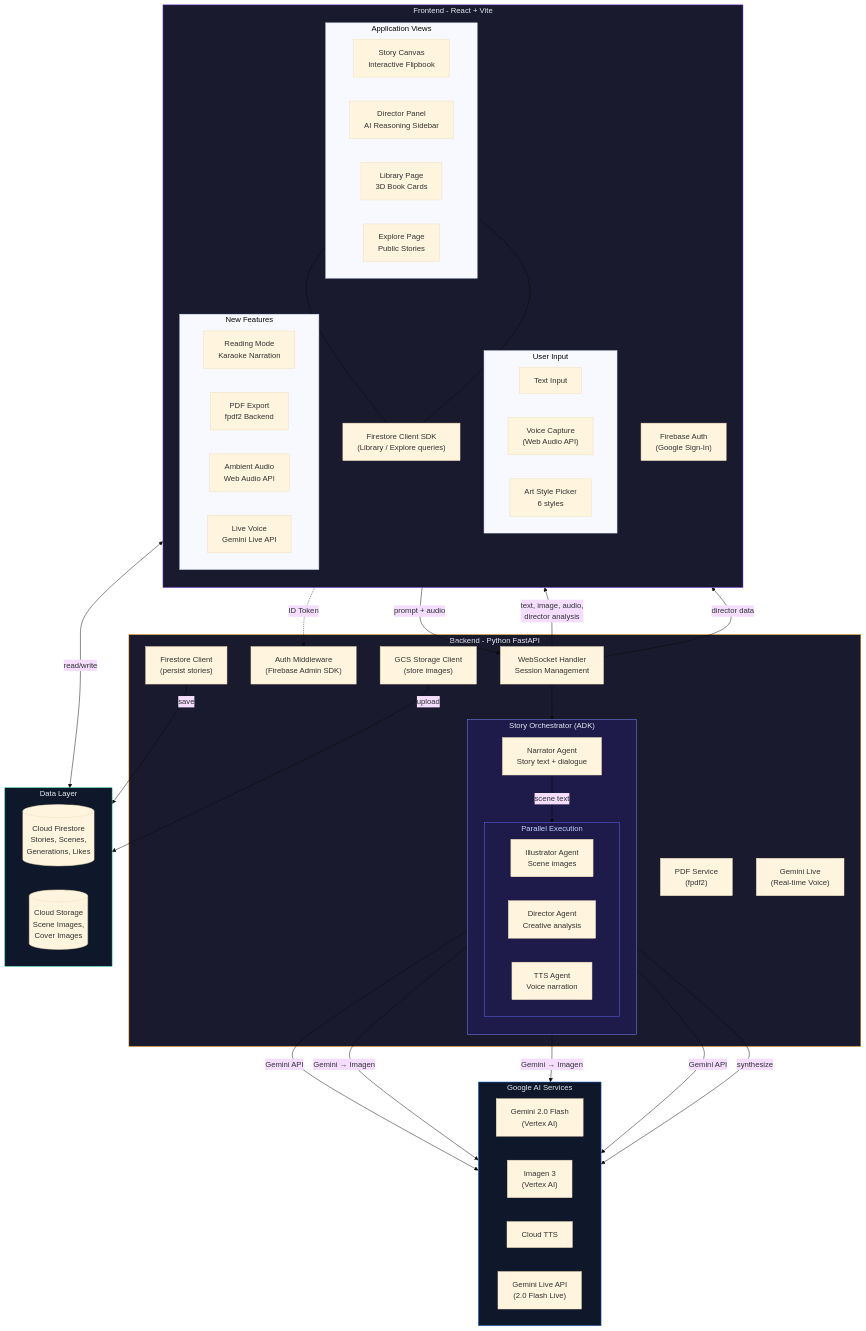
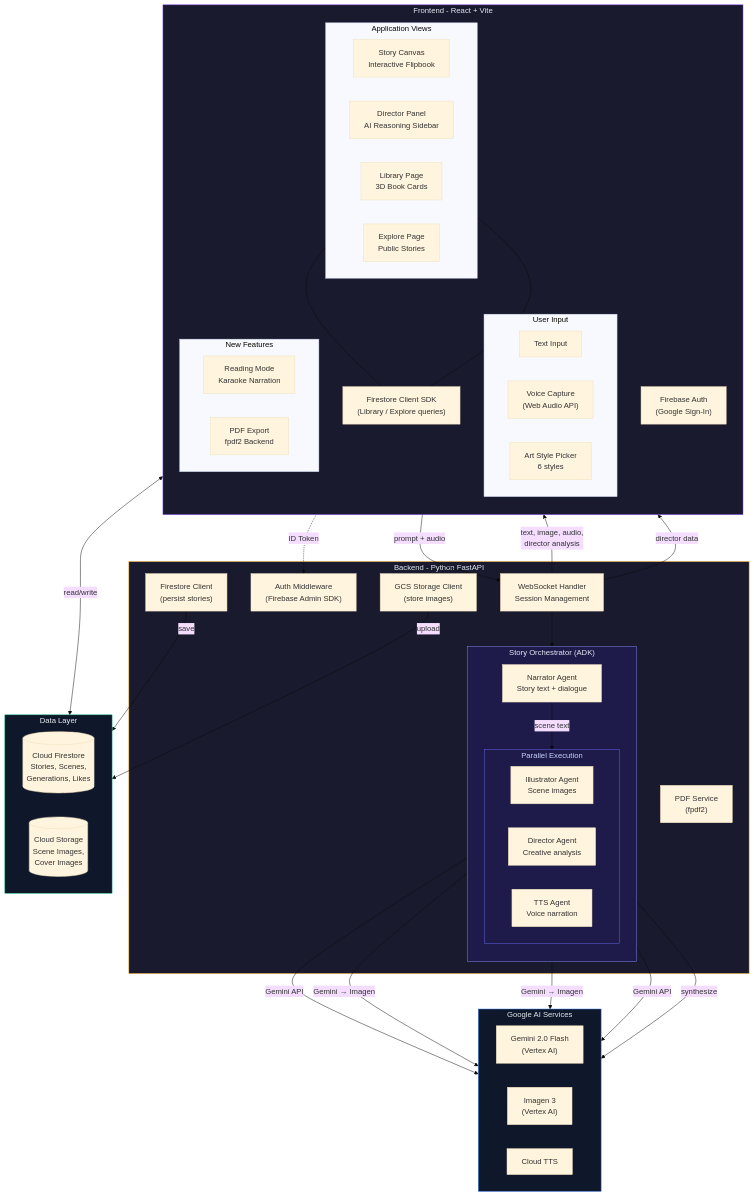
Before and after one commit to Dileep2896/reveria: the first of 6 diagrams in README.md, drawn with Mermaid (base theme). The commit also changed other lines of this file and 27 other files, not shown here.

First line of the commit message:
Remove ambient sound and live voice features, fix anonymous author name

```diff
--- a/README.md
+++ b/README.md
@@ -83,8 +82,6 @@
             direction LR
             ReadMode["Reading Mode<br/>Karaoke Narration"]
             PDFExport["PDF Export<br/>fpdf2 Backend"]
-            Ambient["Ambient Audio<br/>Web Audio API"]
-            LiveVoice["Live Voice<br/>Gemini Live API"]
         end
         FSClient["Firestore Client SDK<br/>(Library / Explore queries)"]
     end
@@ -110,7 +107,6 @@
         Persist["Firestore Client<br/>(persist stories)"]
         Storage["GCS Storage Client<br/>(store images)"]
         PDFService["PDF Service<br/>(fpdf2)"]
-        LiveService["Gemini Live<br/>(Real-time Voice)"]
     end
 
     subgraph Google["Google AI Services"]
@@ -118,7 +114,6 @@
         Gemini["Gemini 2.0 Flash<br/>(Vertex AI)"]
         Imagen["Imagen 3<br/>(Vertex AI)"]
         CloudTTS["Cloud TTS"]
-        GeminiLive["Gemini Live API<br/>(2.0 Flash Live)"]
     end
 
     subgraph Data["Data Layer"]
```
